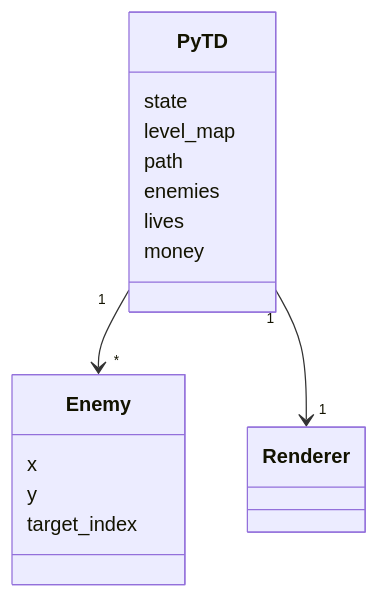
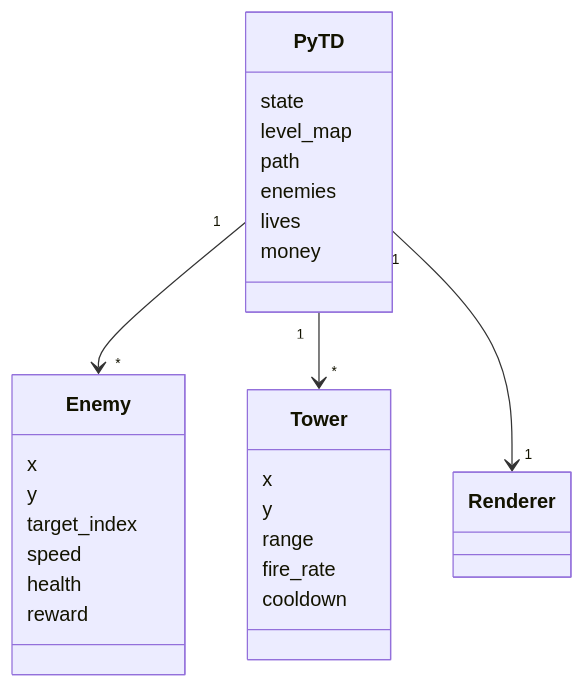
Before and after one commit to laitiii/ot-harjoitustyo: the first of 2 diagrams in dokumentaatio/arkkitehtuuri.md, drawn with Mermaid. The commit also changed other lines of this file, not shown here.

First line of the commit message:
Update architecture documentation

````diff
--- a/dokumentaatio/arkkitehtuuri.md
+++ b/dokumentaatio/arkkitehtuuri.md
@@ -7,23 +7,36 @@
 ```mermaid
 classDiagram
     PyTD "1" --> "*" Enemy
+    PyTD "1" --> "*" Tower
     PyTD "1" --> "1" Renderer
+
 
     class PyTD {
         state
         level_map
         path
         enemies
         lives
         money
     }
 
     class Enemy {
         x
         y
         target_index
+        speed
+        health
+        reward
     }
+
+    class Tower {
+            x
+            y
+            range
+            fire_rate
+            cooldown
+        }
 
     class Renderer {
     }
 ```
````
